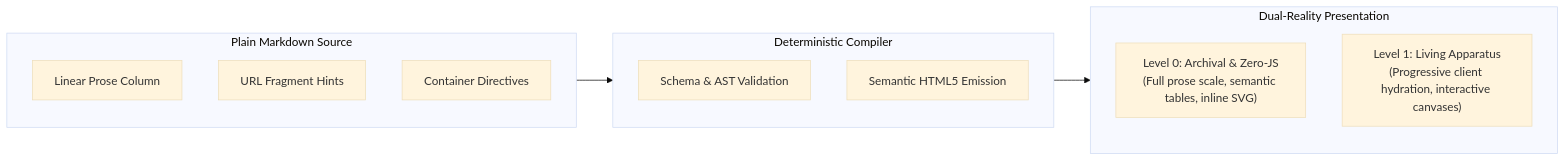
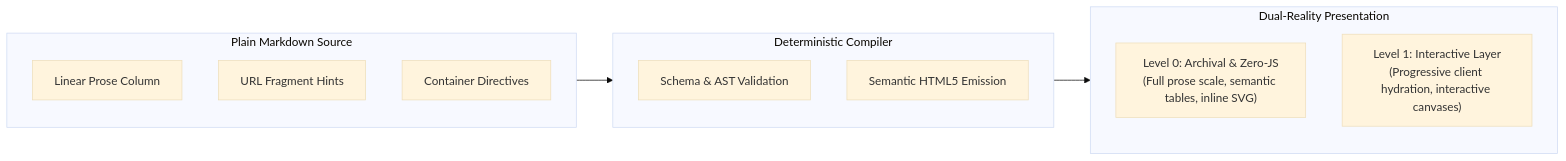
One commit to gfilardo/gf-blog changed the diagram in content/posts/architecting-the-semantic-essay.md. Above: the diagram before and after it, drawn with Mermaid (base theme). The commit also changed other lines of this file, not shown here.

Commit message:
simplify semantic essay language

````diff
--- a/content/posts/architecting-the-semantic-essay.md
+++ b/content/posts/architecting-the-semantic-essay.md
@@ -60,22 +60,22 @@
 ```mermaid#wide Resolving the architectural tension between prose and interaction.
 flowchart LR
     subgraph INPUT["Plain Markdown Source"]
         PROSE[Linear Prose Column]
         SEAM1[URL Fragment Hints]
         SEAM2[Container Directives]
     end
 
     subgraph ENGINE["Deterministic Compiler"]
         VAL[Schema & AST Validation]
         SEM[Semantic HTML5 Emission]
     end
 
     subgraph OUTPUT["Dual-Reality Presentation"]
         direction TB
         LEVEL0["Level 0: Archival & Zero-JS\n(Full prose scale, semantic tables, inline SVG)"]
-        LEVEL1["Level 1: Living Apparatus\n(Progressive client hydration, interactive canvases)"]
+        LEVEL1["Level 1: Interactive Layer\n(Progressive client hydration, interactive canvases)"]
     end
 
     INPUT --> ENGINE
     ENGINE --> OUTPUT
 ```
````
